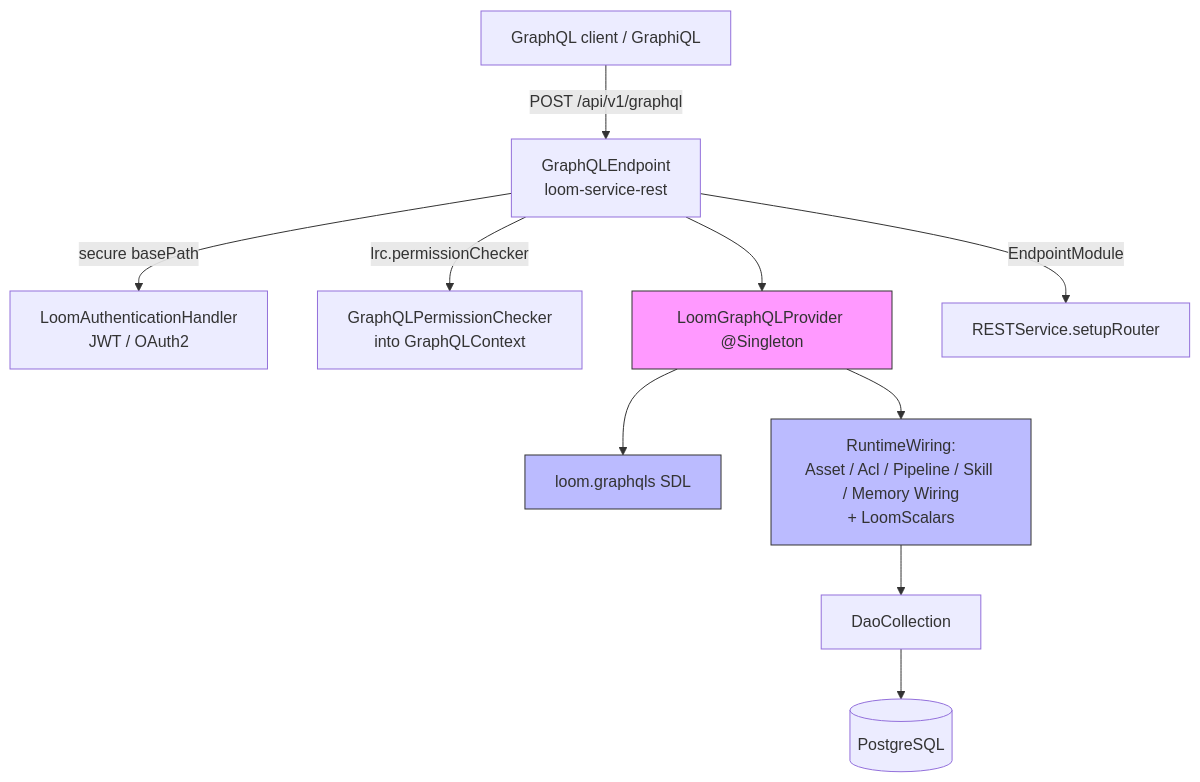
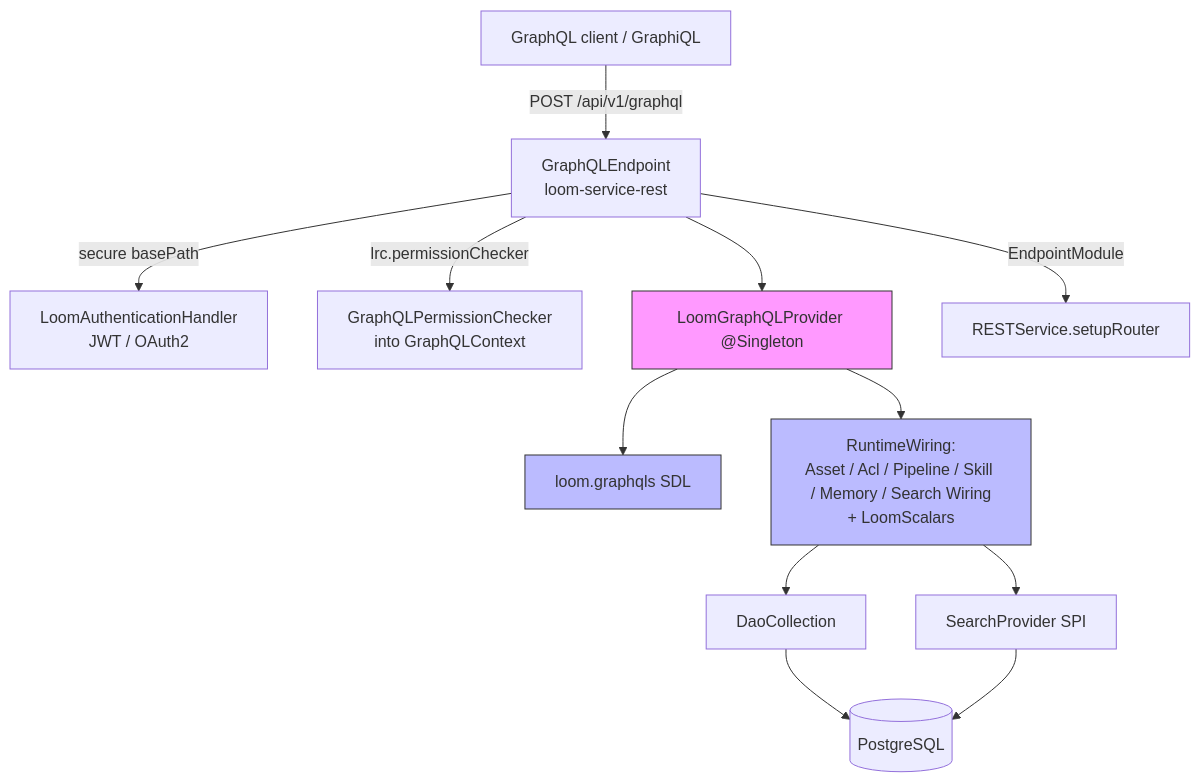
One commit to metaloom/metaloom changed the diagram in spec/loom/GRAPHQL.md. Above: the diagram before and after it, drawn with Mermaid. The commit also changed other lines of this file and 10 other files, not shown here.

````diff
--- a/spec/loom/GRAPHQL.md
+++ b/spec/loom/GRAPHQL.md
@@ -55,16 +55,18 @@
 ```mermaid
 graph TD
     Client[GraphQL client / GraphiQL] -->|POST /api/v1/graphql| EP[GraphQLEndpoint<br/>loom-service-rest]
     EP -->|secure basePath| Auth[LoomAuthenticationHandler<br/>JWT / OAuth2]
     EP -->|lrc.permissionChecker| PC[GraphQLPermissionChecker<br/>into GraphQLContext]
     EP --> Provider[LoomGraphQLProvider @Singleton]
     Provider --> Schema[loom.graphqls SDL]
-    Provider --> Wiring[RuntimeWiring:<br/>Asset / Acl / Pipeline / Skill / Memory Wiring<br/>+ LoomScalars]
+    Provider --> Wiring[RuntimeWiring:<br/>Asset / Acl / Pipeline / Skill / Memory / Search Wiring<br/>+ LoomScalars]
     Wiring --> Daos[DaoCollection]
+    Wiring --> SP[SearchProvider SPI]
     Daos --> DB[(PostgreSQL)]
+    SP --> DB
     EP -->|EndpointModule| Router[RESTService.setupRouter]
 
     style Provider fill:#f9f,stroke:#333
     style Schema fill:#bbf,stroke:#333
     style Wiring fill:#bbf,stroke:#333
 ```
````
